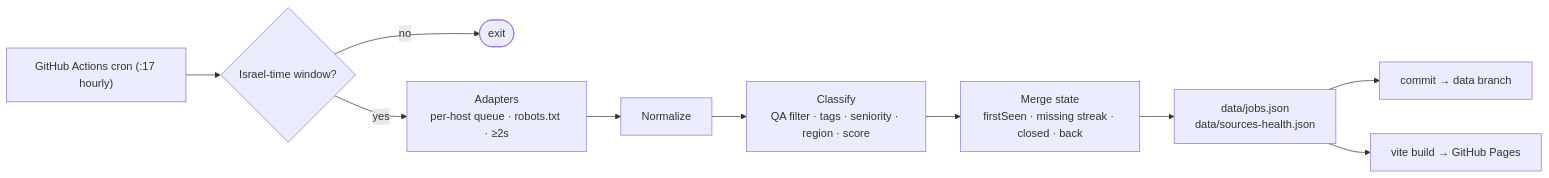
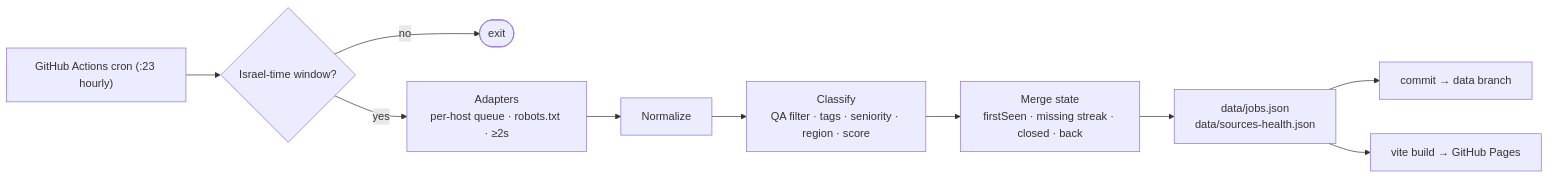
The diagram in README.md (NoamElharar/qa-radar), drawn with Mermaid before and after one commit. The commit also changed 1 other file, not shown here.

Commit message:
ci: re-register the hourly schedule (cron :17 -> :23)

````diff
--- a/README.md
+++ b/README.md
@@ -22,12 +22,12 @@
 ```mermaid
 flowchart LR
-  cron["GitHub Actions cron (:17 hourly)"] --> gate{"Israel-time window?"}
+  cron["GitHub Actions cron (:23 hourly)"] --> gate{"Israel-time window?"}
   gate -- no --> stop([exit])
   gate -- yes --> fetch["Adapters<br/>per-host queue · robots.txt · ≥2s"]
   fetch --> norm[Normalize]
   norm --> cls["Classify<br/>QA filter · tags · seniority · region · score"]
   cls --> diff["Merge state<br/>firstSeen · missing streak · closed · back"]
   diff --> data["data/jobs.json<br/>data/sources-health.json"]
   data --> branch["commit → data branch"]
   data --> site["vite build → GitHub Pages"]
 ```
````
